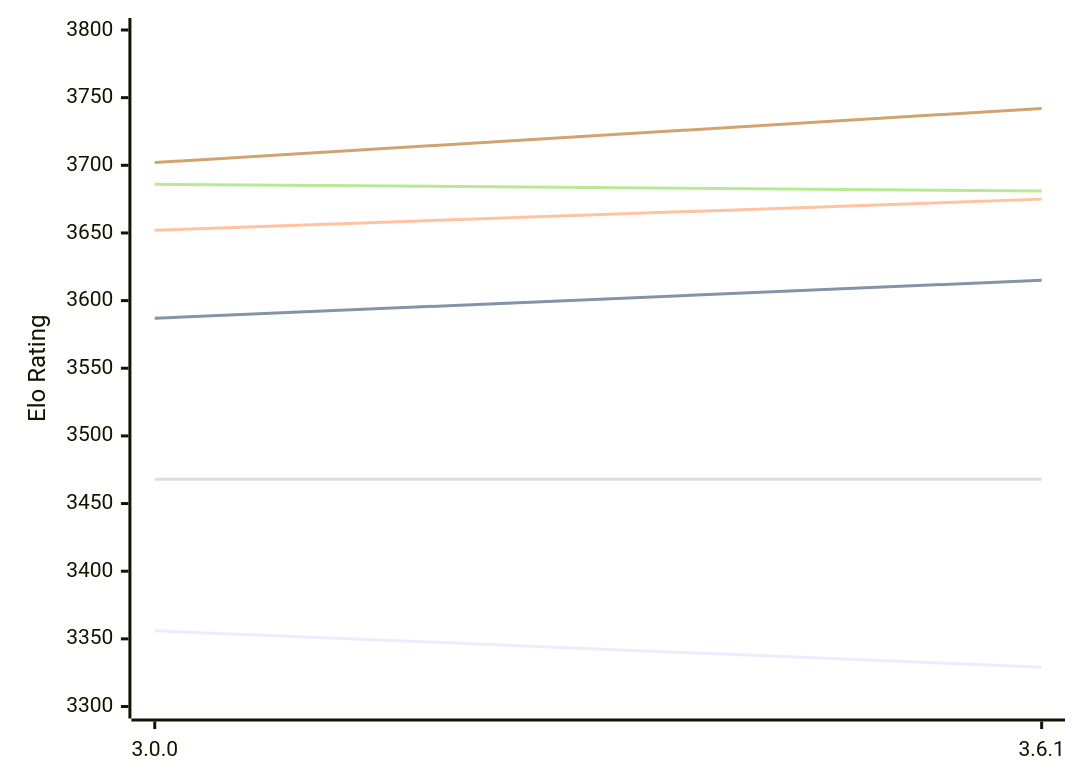
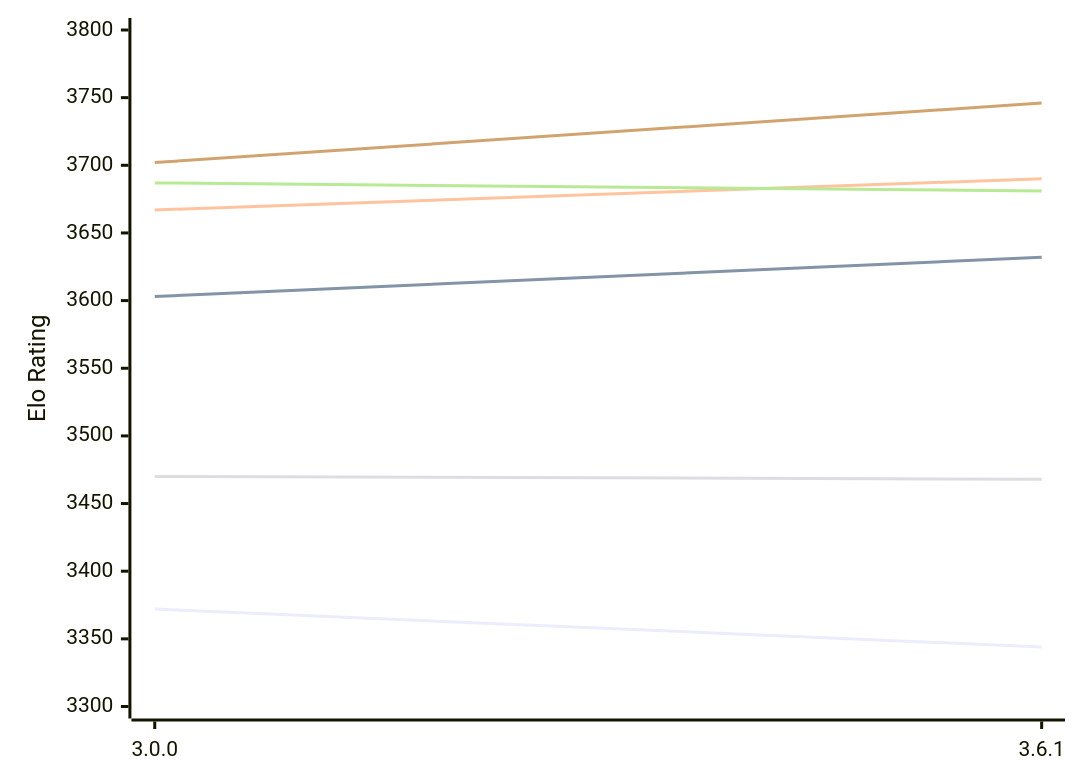
One commit to computer-chess-index/cci changed the diagram in engines/Peras.md. Above: the diagram before and after it, drawn with Mermaid. The commit also changed other lines of this file, not shown here.

Commit message:
Update CCI Ratings (ELO VLTC) - 2026-11-11

````diff
--- a/engines/Peras.md
+++ b/engines/Peras.md
@@ -49,12 +49,12 @@
 ```mermaid
 %%{init: {"theme":"base","themeVariables":{"seriesColors:['#a3a3a3','#222221','#faa371']}}}%%
 xychart-beta
   x-axis ["3.0.0", "3.6.1"]
   y-axis "Elo Rating" 3300 --> 3800
-  line "E1: STC (8.0+0.08s)" [3356, 3329]
-  line "E1: LTC (60.0+0.60s)" [3587, 3615]
-  line "E1: VLTC (2m24s+1.12s)" [3652, 3675]
-  line "P1: STC (8.0+0.08s)" [3468, 3468]
-  line "P1: LTC (60.0+0.60s)" [3686, 3681]
-  line "P1: VLTC (2m24s+1.12s)" [3702, 3742]
+  line "E1: STC (8.0+0.08s)" [3372, 3344]
+  line "E1: LTC (60.0+0.60s)" [3603, 3632]
+  line "E1: VLTC (2m24s+1.12s)" [3667, 3690]
+  line "P1: STC (8.0+0.08s)" [3470, 3468]
+  line "P1: LTC (60.0+0.60s)" [3687, 3681]
+  line "P1: VLTC (2m24s+1.12s)" [3702, 3746]
 ```
````
